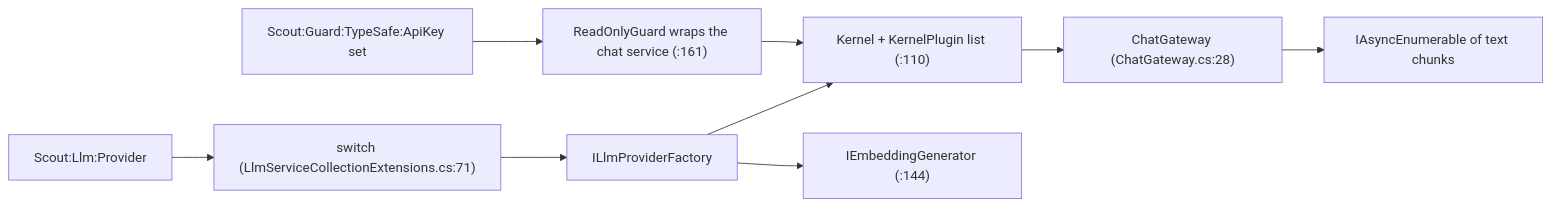
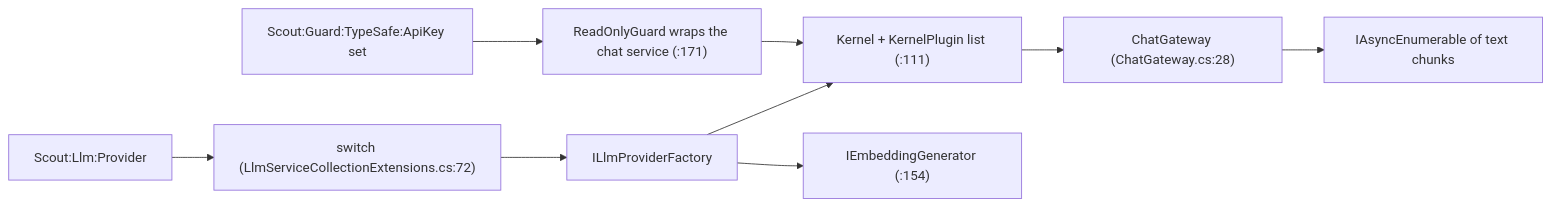
Before and after one commit to vitorafgomes/scout: the diagram in vault/pages/services/llm.md, drawn with Mermaid. The commit also changed other lines of this file and 129 other files, not shown here.

````diff
--- a/vault/pages/services/llm.md
+++ b/vault/pages/services/llm.md
@@ -41,11 +43,11 @@
 ```mermaid
 flowchart LR
-    cfg["Scout:Llm:Provider"] --> sw["switch (LlmServiceCollectionExtensions.cs:71)"]
+    cfg["Scout:Llm:Provider"] --> sw["switch (LlmServiceCollectionExtensions.cs:72)"]
     sw --> fac["ILlmProviderFactory"]
-    fac --> k["Kernel + KernelPlugin list (:110)"]
-    guard["Scout:Guard:TypeSafe:ApiKey set"] --> g["ReadOnlyGuard wraps the chat service (:161)"]
+    fac --> k["Kernel + KernelPlugin list (:111)"]
+    guard["Scout:Guard:TypeSafe:ApiKey set"] --> g["ReadOnlyGuard wraps the chat service (:171)"]
     g --> k
     k --> gw["ChatGateway (ChatGateway.cs:28)"]
-    fac --> emb["IEmbeddingGenerator (:144)"]
+    fac --> emb["IEmbeddingGenerator (:154)"]
     gw --> out["IAsyncEnumerable of text chunks"]
 ```
````
